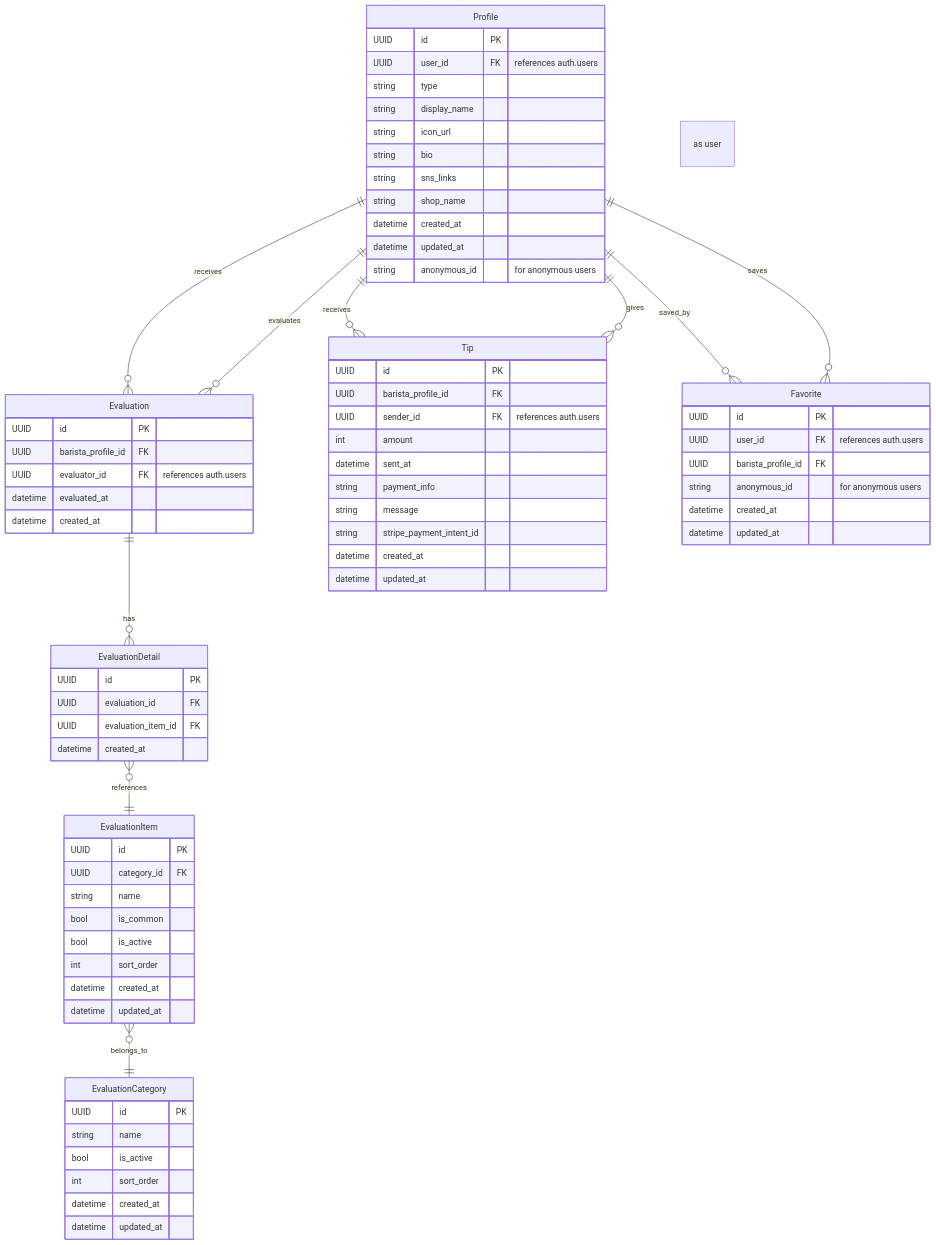
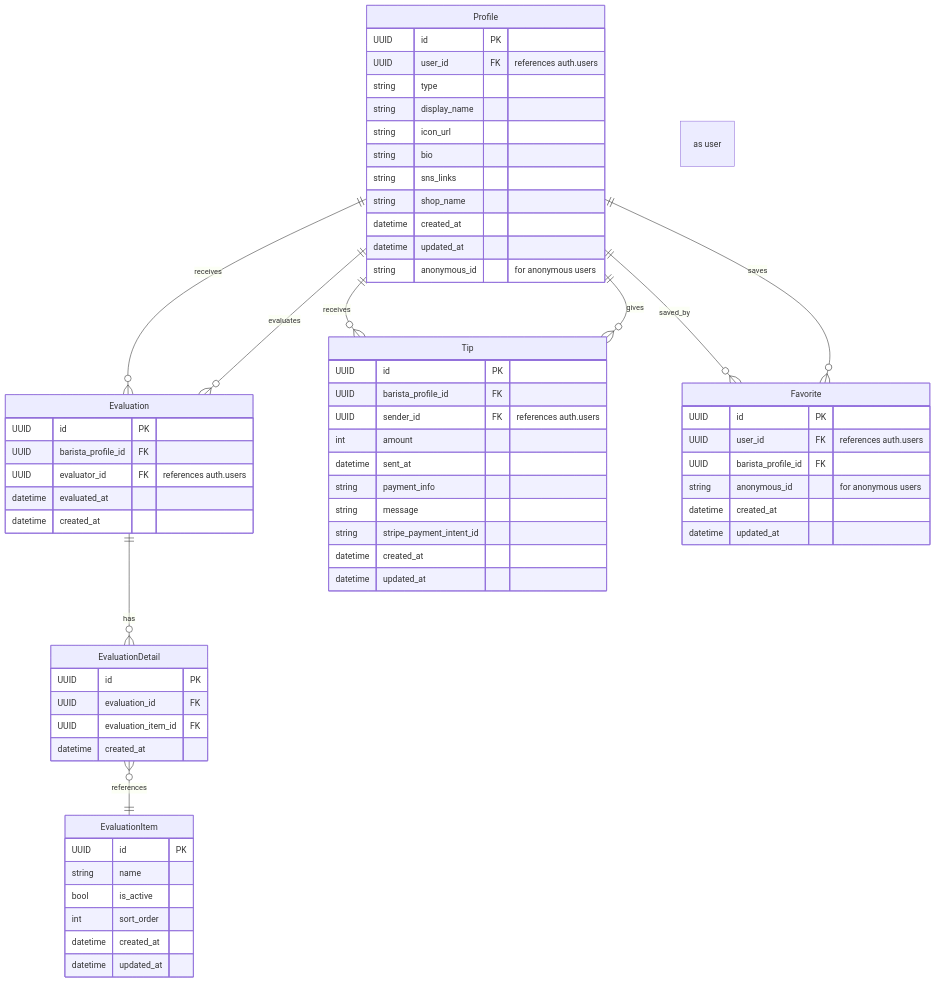
One commit to aiirononeko/bra-b changed the diagram in README.md. Above: the diagram before and after it, drawn with Mermaid. The commit also changed other lines of this file and 12 other files, not shown here.

```diff
--- a/README.md
+++ b/README.md
@@ -36,7 +36,6 @@
 
 Evaluation ||--o{ EvaluationDetail : has
 EvaluationDetail }o--|| EvaluationItem : references
-EvaluationItem }o--|| EvaluationCategory : belongs_to
 
 Profile {
   UUID id PK
@@ -69,17 +68,6 @@
 
 EvaluationItem {
   UUID id PK
-  UUID category_id FK
-  string name
-  bool is_common
-  bool is_active
-  int sort_order
-  datetime created_at
-  datetime updated_at
-}
-
-EvaluationCategory {
-  UUID id PK
   string name
   bool is_active
   int sort_order
```
